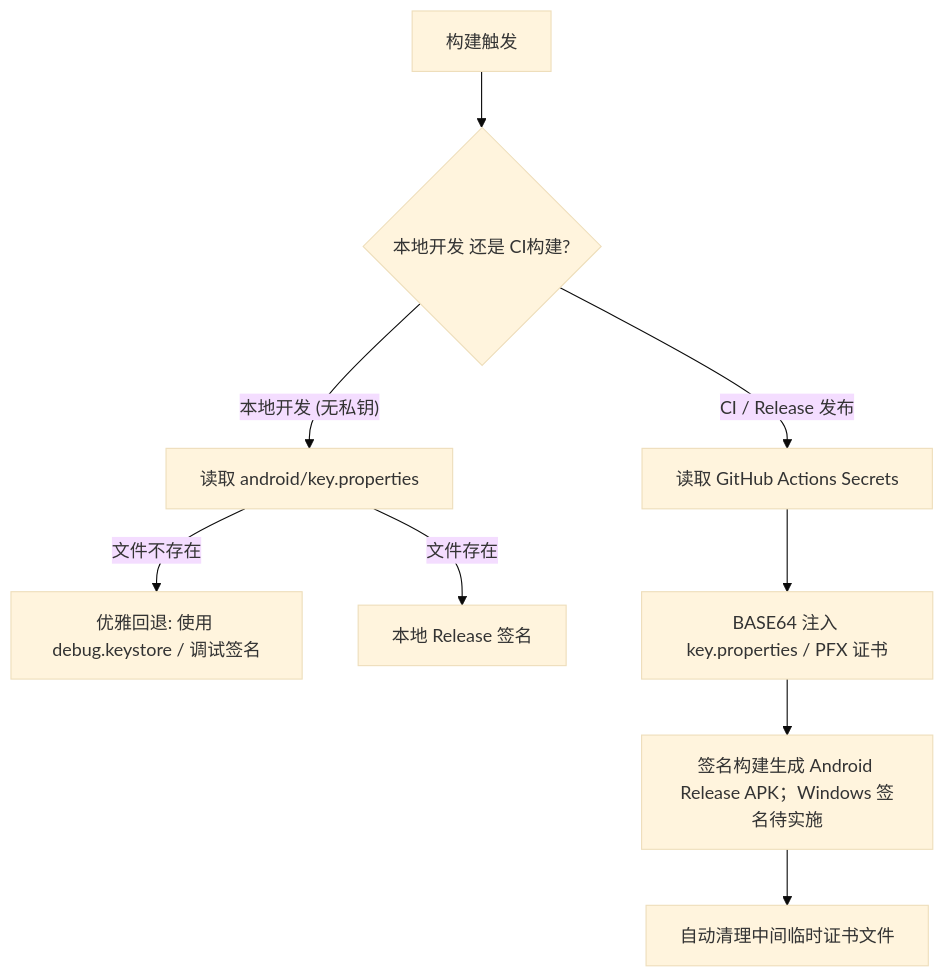
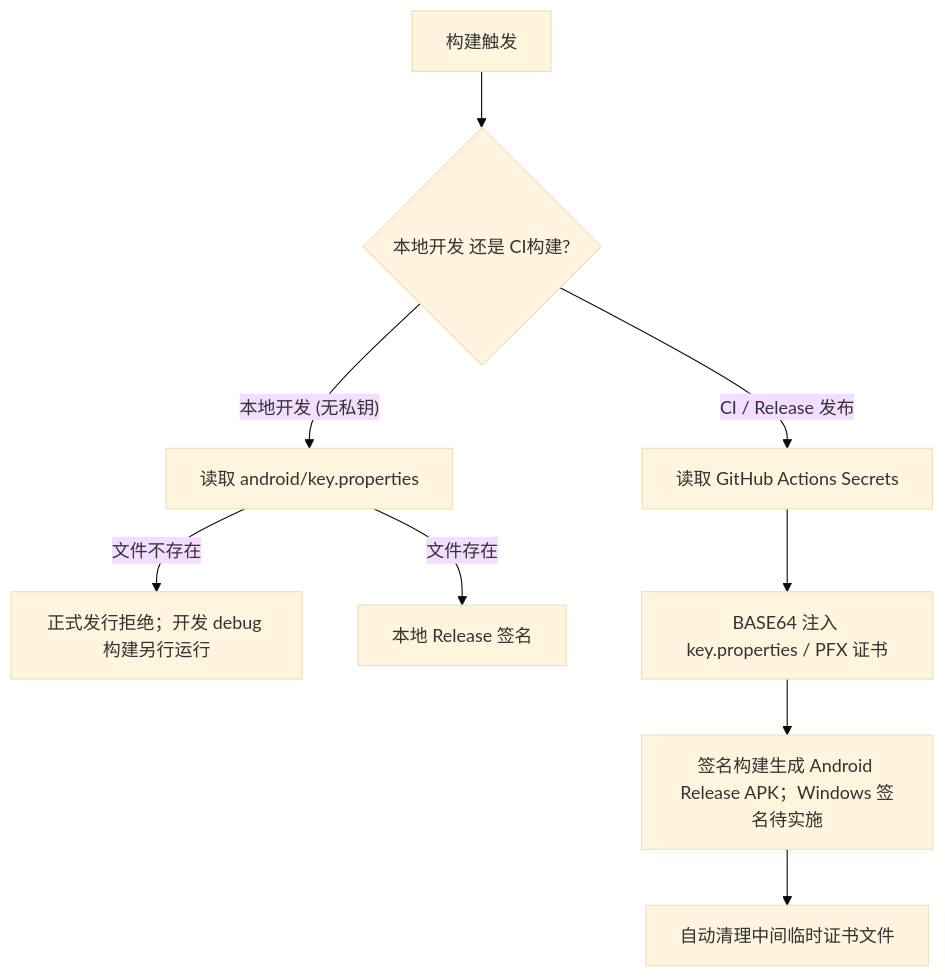
One commit to snow-moonlight1/Compoise changed the diagram in docs/RELEASE_PLAN.md. Above: the diagram before and after it, drawn with Mermaid (base theme). The commit also changed other lines of this file and 18 other files, not shown here.

````diff
--- a/docs/RELEASE_PLAN.md
+++ b/docs/RELEASE_PLAN.md
@@ -68,11 +70,11 @@
 ```mermaid
 flowchart TD
     A[构建触发] --> B{本地开发 还是 CI构建?}
     B -- 本地开发 (无私钥) --> C[读取 android/key.properties]
-    C -- 文件不存在 --> D[优雅回退: 使用 debug.keystore / 调试签名]
+    C -- 文件不存在 --> D[正式发行拒绝；开发 debug 构建另行运行]
     C -- 文件存在 --> E[本地 Release 签名]
     B -- CI / Release 发布 --> F[读取 GitHub Actions Secrets]
     F --> G[BASE64 注入 key.properties / PFX 证书]
     G --> H[签名构建生成 Android Release APK；Windows 签名待实施]
     H --> I[自动清理中间临时证书文件]
 ```
````
